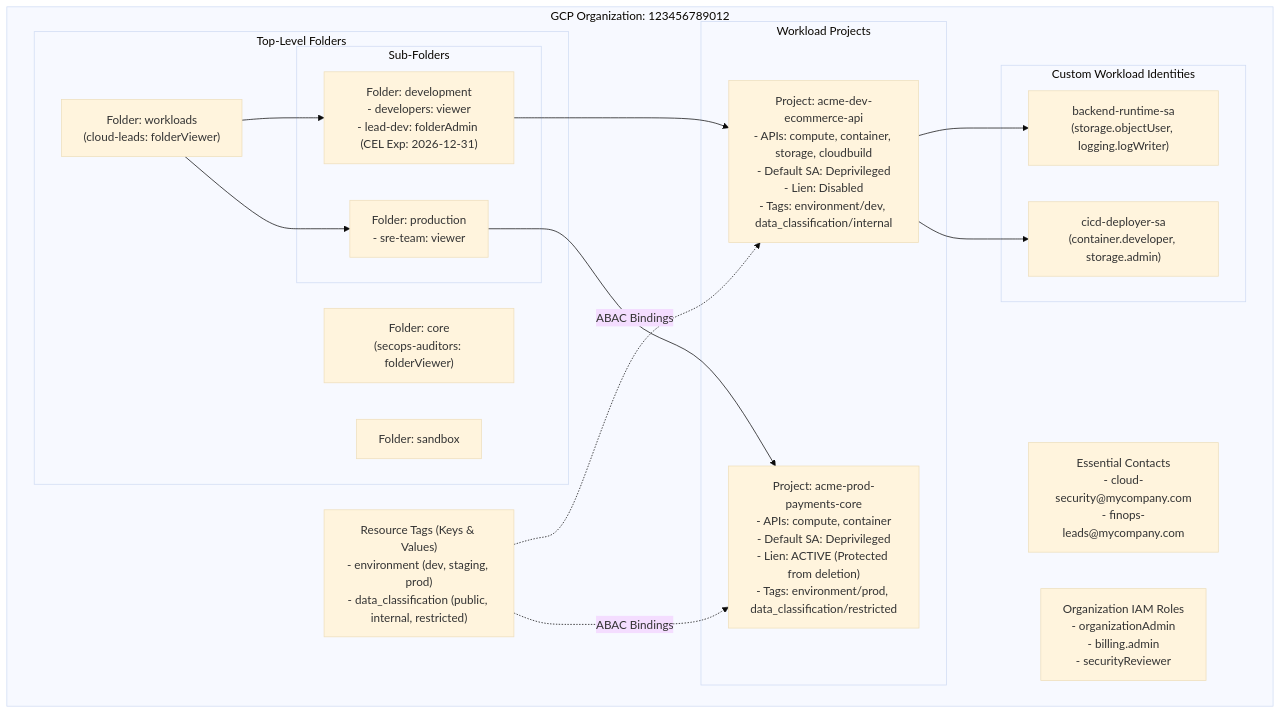
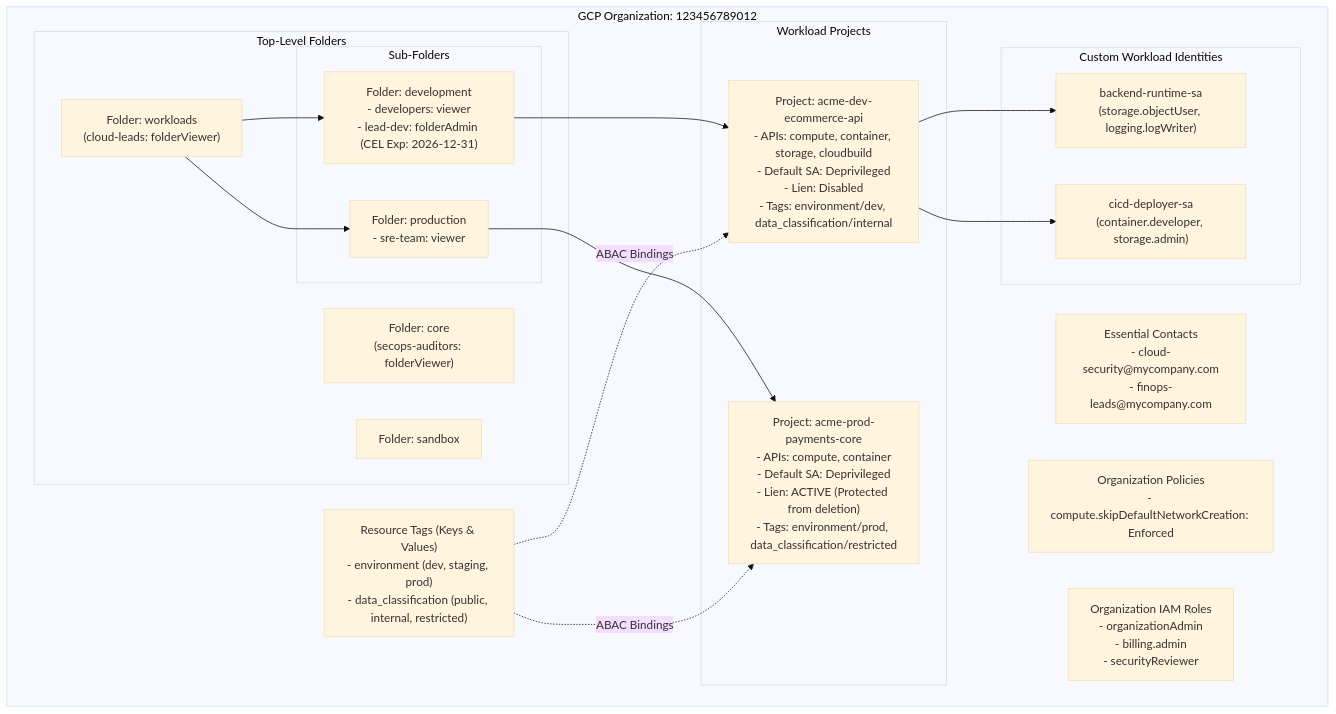
One commit to yuva-cloud-devops/gcp-terraform-custom-modules changed the diagram in examples/foundation/README.md. Above: the diagram before and after it, drawn with Mermaid (base theme). The commit also changed other lines of this file and 7 other files, not shown here.

````diff
--- a/examples/foundation/README.md
+++ b/examples/foundation/README.md
@@ -41,39 +42,40 @@
 ```mermaid
 flowchart TD
     subgraph ORG["GCP Organization: 123456789012"]
         EC["Essential Contacts<br/>- cloud-security@mycompany.com<br/>- finops-leads@mycompany.com"]
         TAGS["Resource Tags (Keys & Values)<br/>- environment (dev, staging, prod)<br/>- data_classification (public, internal, restricted)"]
+        POLICIES["Organization Policies<br/>- compute.skipDefaultNetworkCreation: Enforced"]
         ORG_IAM["Organization IAM Roles<br/>- organizationAdmin<br/>- billing.admin<br/>- securityReviewer"]
         
         subgraph TLF["Top-Level Folders"]
             F_CORE["Folder: core<br/>(secops-auditors: folderViewer)"]
             F_SANDBOX["Folder: sandbox"]
             F_WORKLOADS["Folder: workloads<br/>(cloud-leads: folderViewer)"]
             
             subgraph SUBF["Sub-Folders"]
                 F_DEV["Folder: development<br/>- developers: viewer<br/>- lead-dev: folderAdmin (CEL Exp: 2026-12-31)"]
                 F_PROD["Folder: production<br/>- sre-team: viewer"]
             end
         end
 
         subgraph PROJS["Workload Projects"]
             P_DEV["Project: acme-dev-ecommerce-api<br/>- APIs: compute, container, storage, cloudbuild<br/>- Default SA: Deprivileged<br/>- Lien: Disabled<br/>- Tags: environment/dev, data_classification/internal"]
             
             P_PROD["Project: acme-prod-payments-core<br/>- APIs: compute, container<br/>- Default SA: Deprivileged<br/>- Lien: ACTIVE (Protected from deletion)<br/>- Tags: environment/prod, data_classification/restricted"]
         end
 
         subgraph SAs["Custom Workload Identities"]
             SA1["backend-runtime-sa<br/>(storage.objectUser, logging.logWriter)"]
             SA2["cicd-deployer-sa<br/>(container.developer, storage.admin)"]
         end
     end
 
     F_WORKLOADS --> F_DEV
     F_WORKLOADS --> F_PROD
     F_DEV --> P_DEV
     F_PROD --> P_PROD
     P_DEV --> SA1
     P_DEV --> SA2
     TAGS -.->|ABAC Bindings| P_DEV
     TAGS -.->|ABAC Bindings| P_PROD
 ```
````
